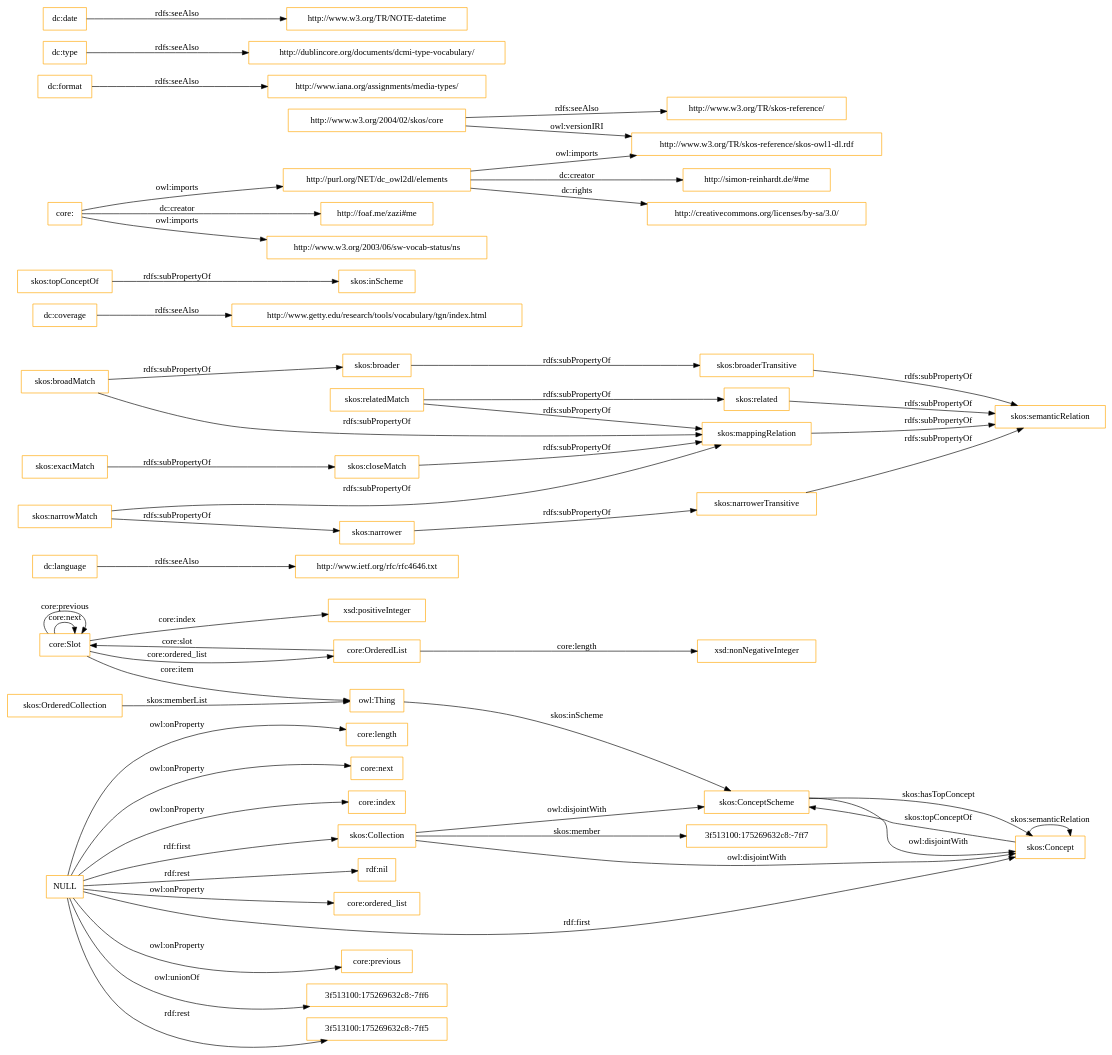
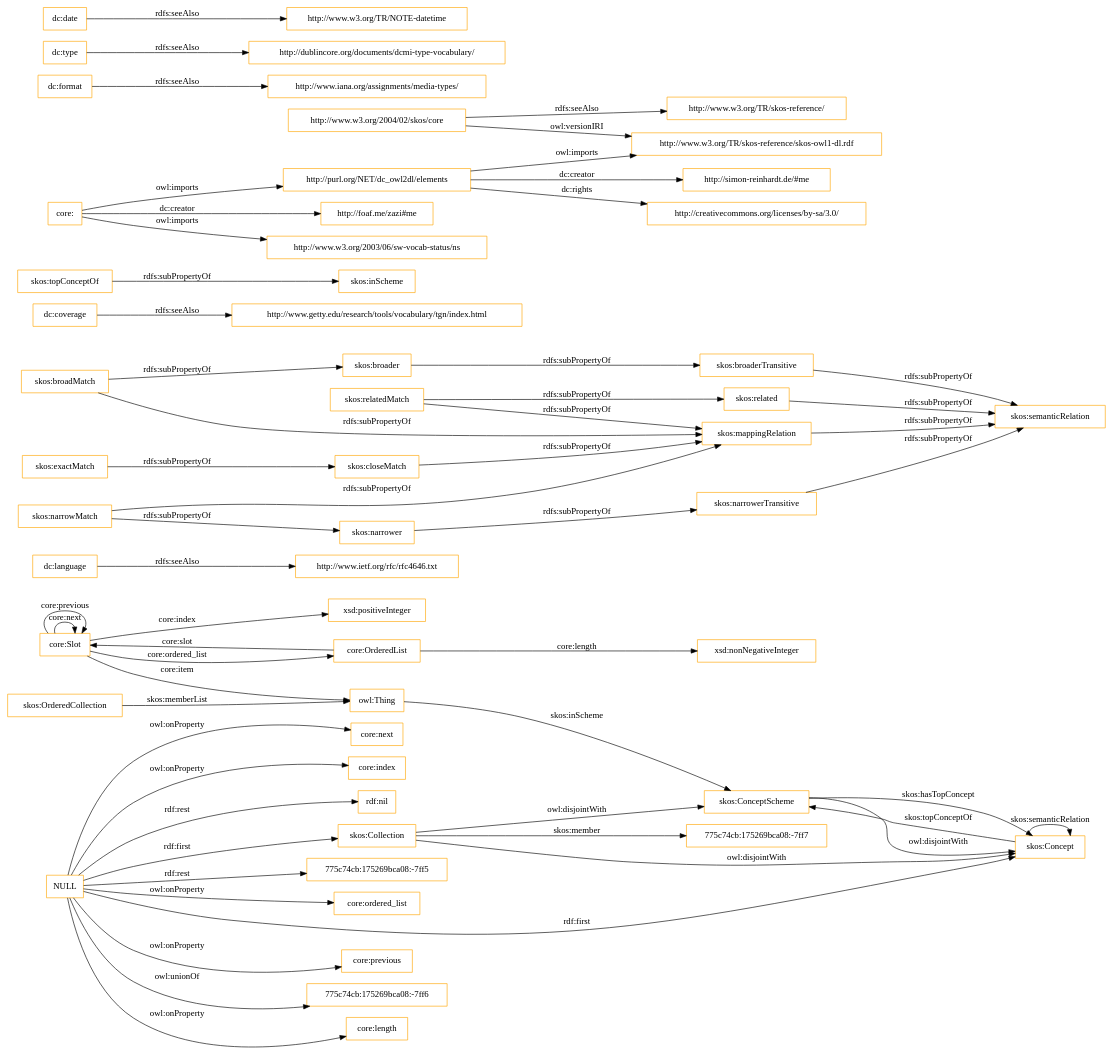
One commit to OnToologyUser/core-ontology-1 changed the diagram in OnToology/imports/core.owl/diagrams/ar2dtool-class/core.owl.png.dot. Above: the diagram before and after it, drawn with Graphviz. The commit also changed 14 other files, not shown here.

```diff
--- a/OnToology/imports/core.owl/diagrams/ar2dtool-class/core.owl.png.dot
+++ b/OnToology/imports/core.owl/diagrams/ar2dtool-class/core.owl.png.dot
@@ -1,60 +1,60 @@
 digraph ar2dtool_diagram { 
 rankdir=LR;
 size="1501"
-node [shape = rectangle, color="orange"]; "core:Slot" "core:OrderedList" "3f513100:175269632c8:-7ff7" "skos:OrderedCollection" "skos:Collection" "skos:ConceptScheme" "skos:Concept" ; /*classes style*/
+node [shape = rectangle, color="orange"]; "core:Slot" "core:OrderedList" "775c74cb:175269bca08:-7ff7" "skos:OrderedCollection" "skos:Collection" "skos:ConceptScheme" "skos:Concept" ; /*classes style*/
 	"dc:language" -> "http://www.ietf.org/rfc/rfc4646.txt" [ label = "rdfs:seeAlso" ];
 	"NULL" -> "core:previous" [ label = "owl:onProperty" ];
-	"NULL" -> "3f513100:175269632c8:-7ff6" [ label = "owl:unionOf" ];
-	"NULL" -> "3f513100:175269632c8:-7ff5" [ label = "rdf:rest" ];
+	"NULL" -> "775c74cb:175269bca08:-7ff6" [ label = "owl:unionOf" ];
 	"NULL" -> "core:length" [ label = "owl:onProperty" ];
 	"NULL" -> "skos:Concept" [ label = "rdf:first" ];
 	"NULL" -> "core:next" [ label = "owl:onProperty" ];
 	"NULL" -> "core:index" [ label = "owl:onProperty" ];
 	"NULL" -> "rdf:nil" [ label = "rdf:rest" ];
+	"NULL" -> "775c74cb:175269bca08:-7ff5" [ label = "rdf:rest" ];
 	"NULL" -> "core:ordered_list" [ label = "owl:onProperty" ];
 	"NULL" -> "skos:Collection" [ label = "rdf:first" ];
 	"skos:closeMatch" -> "skos:mappingRelation" [ label = "rdfs:subPropertyOf" ];
 	"dc:coverage" -> "http://www.getty.edu/research/tools/vocabulary/tgn/index.html" [ label = "rdfs:seeAlso" ];
 	"skos:relatedMatch" -> "skos:related" [ label = "rdfs:subPropertyOf" ];
 	"skos:relatedMatch" -> "skos:mappingRelation" [ label = "rdfs:subPropertyOf" ];
 	"skos:ConceptScheme" -> "skos:Concept" [ label = "owl:disjointWith" ];
 	"skos:related" -> "skos:semanticRelation" [ label = "rdfs:subPropertyOf" ];
 	"skos:topConceptOf" -> "skos:inScheme" [ label = "rdfs:subPropertyOf" ];
 	"skos:broadMatch" -> "skos:broader" [ label = "rdfs:subPropertyOf" ];
 	"skos:broadMatch" -> "skos:mappingRelation" [ label = "rdfs:subPropertyOf" ];
 	"http://purl.org/NET/dc_owl2dl/elements" -> "http://www.w3.org/TR/skos-reference/skos-owl1-dl.rdf" [ label = "owl:imports" ];
 	"http://purl.org/NET/dc_owl2dl/elements" -> "http://creativecommons.org/licenses/by-sa/3.0/" [ label = "dc:rights" ];
 	"http://purl.org/NET/dc_owl2dl/elements" -> "http://simon-reinhardt.de/#me" [ label = "dc:creator" ];
 	"skos:exactMatch" -> "skos:closeMatch" [ label = "rdfs:subPropertyOf" ];
 	"dc:format" -> "http://www.iana.org/assignments/media-types/" [ label = "rdfs:seeAlso" ];
 	"core:" -> "http://foaf.me/zazi#me" [ label = "dc:creator" ];
 	"core:" -> "http://www.w3.org/2003/06/sw-vocab-status/ns" [ label = "owl:imports" ];
 	"core:" -> "http://purl.org/NET/dc_owl2dl/elements" [ label = "owl:imports" ];
 	"skos:broaderTransitive" -> "skos:semanticRelation" [ label = "rdfs:subPropertyOf" ];
 	"skos:mappingRelation" -> "skos:semanticRelation" [ label = "rdfs:subPropertyOf" ];
 	"skos:broader" -> "skos:broaderTransitive" [ label = "rdfs:subPropertyOf" ];
 	"dc:type" -> "http://dublincore.org/documents/dcmi-type-vocabulary/" [ label = "rdfs:seeAlso" ];
 	"http://www.w3.org/2004/02/skos/core" -> "http://www.w3.org/TR/skos-reference/skos-owl1-dl.rdf" [ label = "owl:versionIRI" ];
 	"http://www.w3.org/2004/02/skos/core" -> "http://www.w3.org/TR/skos-reference/" [ label = "rdfs:seeAlso" ];
 	"skos:Collection" -> "skos:ConceptScheme" [ label = "owl:disjointWith" ];
 	"skos:Collection" -> "skos:Concept" [ label = "owl:disjointWith" ];
 	"skos:narrowMatch" -> "skos:narrower" [ label = "rdfs:subPropertyOf" ];
 	"skos:narrowMatch" -> "skos:mappingRelation" [ label = "rdfs:subPropertyOf" ];
 	"skos:narrower" -> "skos:narrowerTransitive" [ label = "rdfs:subPropertyOf" ];
 	"dc:date" -> "http://www.w3.org/TR/NOTE-datetime" [ label = "rdfs:seeAlso" ];
 	"skos:narrowerTransitive" -> "skos:semanticRelation" [ label = "rdfs:subPropertyOf" ];
 	"core:Slot" -> "xsd:positiveInteger" [ label = "core:index" ];
 	"skos:Concept" -> "skos:ConceptScheme" [ label = "skos:topConceptOf" ];
 	"core:Slot" -> "owl:Thing" [ label = "core:item" ];
 	"core:OrderedList" -> "xsd:nonNegativeInteger" [ label = "core:length" ];
 	"core:OrderedList" -> "core:Slot" [ label = "core:slot" ];
-	"skos:Collection" -> "3f513100:175269632c8:-7ff7" [ label = "skos:member" ];
+	"skos:Collection" -> "775c74cb:175269bca08:-7ff7" [ label = "skos:member" ];
 	"core:Slot" -> "core:Slot" [ label = "core:next" ];
 	"skos:ConceptScheme" -> "skos:Concept" [ label = "skos:hasTopConcept" ];
 	"owl:Thing" -> "skos:ConceptScheme" [ label = "skos:inScheme" ];
 	"core:Slot" -> "core:Slot" [ label = "core:previous" ];
 	"skos:OrderedCollection" -> "owl:Thing" [ label = "skos:memberList" ];
 	"skos:Concept" -> "skos:Concept" [ label = "skos:semanticRelation" ];
 	"core:Slot" -> "core:OrderedList" [ label = "core:ordered_list" ];
 
 }
```
